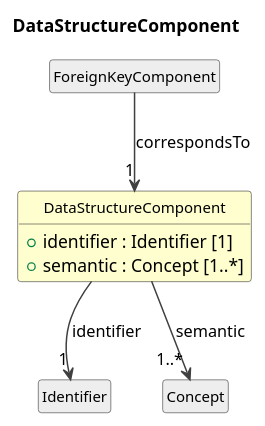
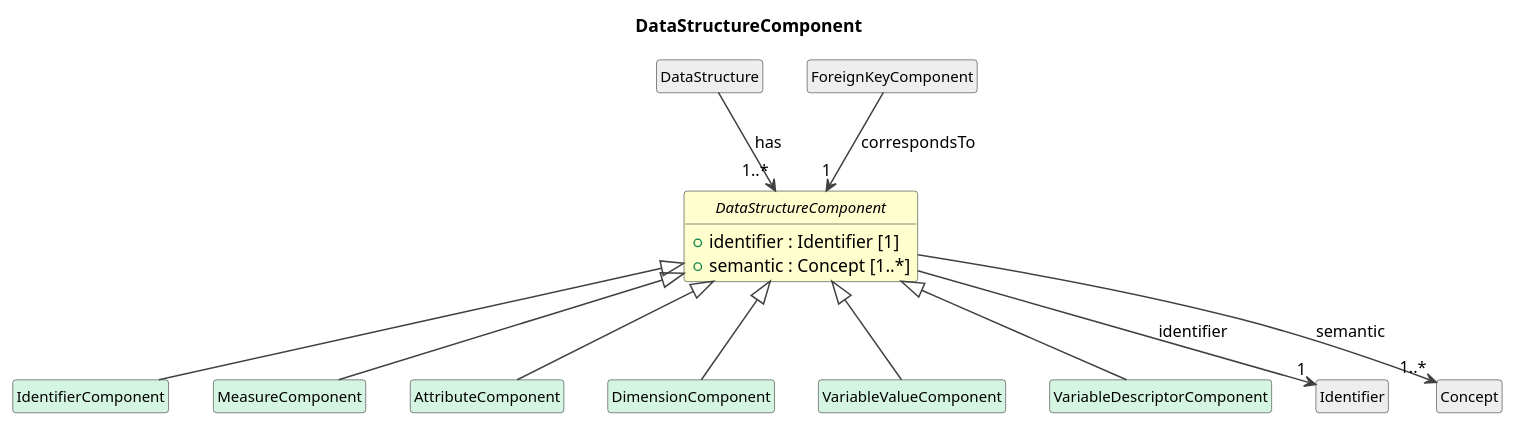
One commit to Cross-Domain-Interoperability-Framework/metadataBuildingBlocks changed the diagram in cdif-uml-model/_plantuml/cdifDataStructure/Classes/DataStructureComponent.pu. Above: the diagram before and after it, drawn with PlantUML. The commit also changed 78 other files, not shown here.

First line of the commit message:
Regenerate model browser: DataStructure hierarchy + toggle/sticky/clip UI fixes

```diff
--- a/cdif-uml-model/_plantuml/cdifDataStructure/Classes/DataStructureComponent.pu
+++ b/cdif-uml-model/_plantuml/cdifDataStructure/Classes/DataStructureComponent.pu
@@ -1,24 +1,38 @@
 @startuml
 title DataStructureComponent
 hide circle
 hide empty members
 skinparam shadowing false
 skinparam ArrowThickness 1.2
 skinparam class {
   ArrowColor #404040
   BorderColor #404040
   FontSize 12
 }
 
-class "DataStructureComponent" as DataStructureComponent #FEFECE {
+abstract class "DataStructureComponent" as DataStructureComponent #FEFECE {
   +identifier : Identifier [1]
   +semantic : Concept [1..*]
 }
+class "IdentifierComponent" as IdentifierComponent #D5F5E3
+DataStructureComponent <|-- IdentifierComponent
+class "MeasureComponent" as MeasureComponent #D5F5E3
+DataStructureComponent <|-- MeasureComponent
+class "AttributeComponent" as AttributeComponent #D5F5E3
+DataStructureComponent <|-- AttributeComponent
+class "DimensionComponent" as DimensionComponent #D5F5E3
+DataStructureComponent <|-- DimensionComponent
+class "VariableValueComponent" as VariableValueComponent #D5F5E3
+DataStructureComponent <|-- VariableValueComponent
+class "VariableDescriptorComponent" as VariableDescriptorComponent #D5F5E3
+DataStructureComponent <|-- VariableDescriptorComponent
+class "DataStructure" as DataStructure #EEEEEE
+DataStructure --> "1..*" DataStructureComponent : has
 class "ForeignKeyComponent" as ForeignKeyComponent #EEEEEE
 ForeignKeyComponent --> "1" DataStructureComponent : correspondsTo
 class "Identifier" as Identifier #EEEEEE
 DataStructureComponent --> "1" Identifier : identifier
 class "Concept" as Concept #EEEEEE
 DataStructureComponent --> "1..*" Concept : semantic
 
 @enduml
```
